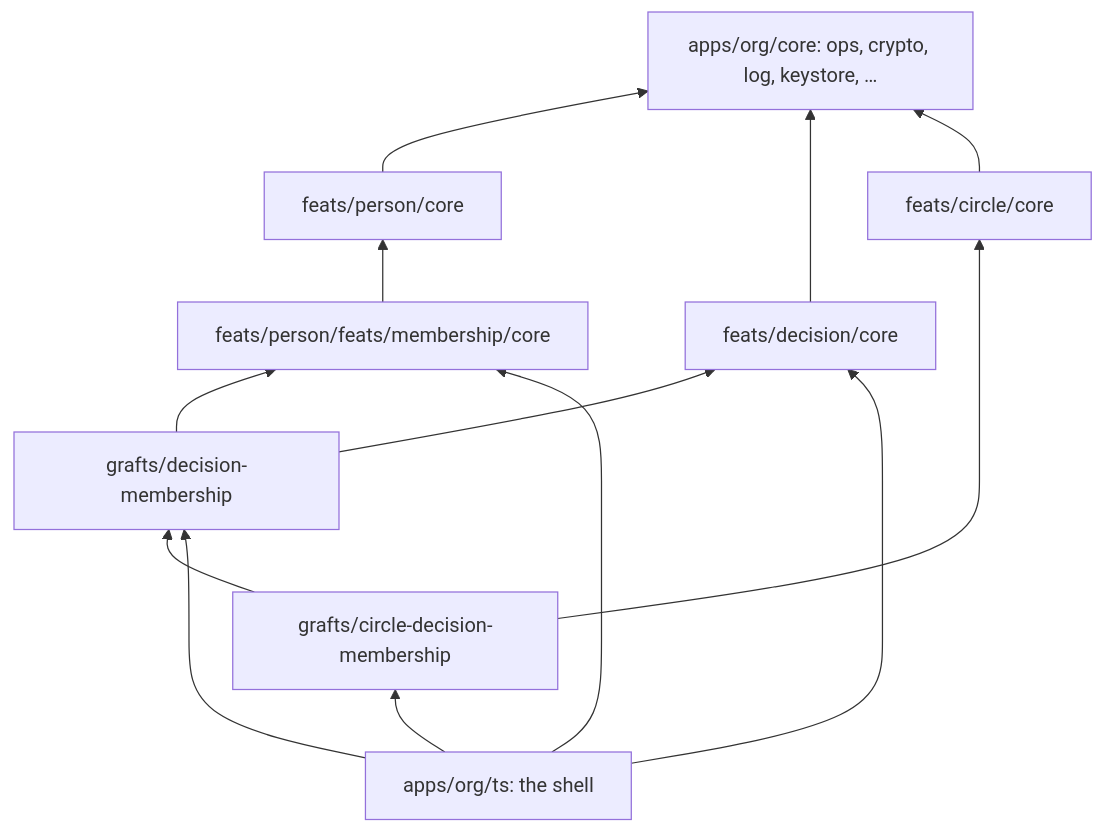
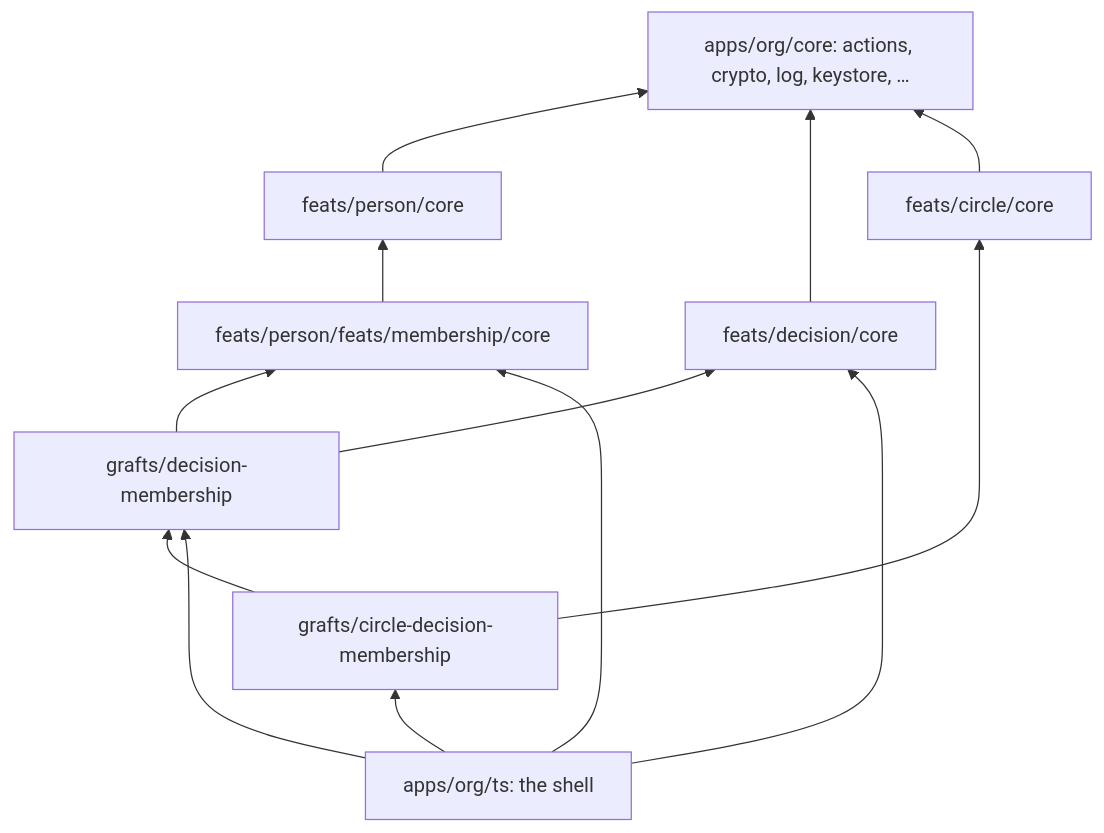
Before and after one commit to cella-coop/cella: the diagram in _corpus/doc/architecture.md, drawn with Mermaid. The commit also changed other lines of this file and 351 other files, not shown here.

````diff
--- a/_corpus/doc/architecture.md
+++ b/_corpus/doc/architecture.md
@@ -17,23 +17,23 @@
 ```mermaid
 flowchart BT
-  core["apps/org/core: ops, crypto, log, keystore, …"]
+  core["apps/org/core: actions, crypto, log, keystore, …"]
   person["feats/person/core"]
   membership["feats/person/feats/membership/core"]
   decision["feats/decision/core"]
   circle["feats/circle/core"]
   graft["grafts/decision-membership"]
   three["grafts/circle-decision-membership"]
   root["apps/org/ts: the shell"]
   person --> core
   membership --> person
   decision --> core
   circle --> core
   graft --> membership
   graft --> decision
   three --> graft
   three --> circle
   root --> three
   root --> graft
   root --> membership
   root --> decision
 ```
````
